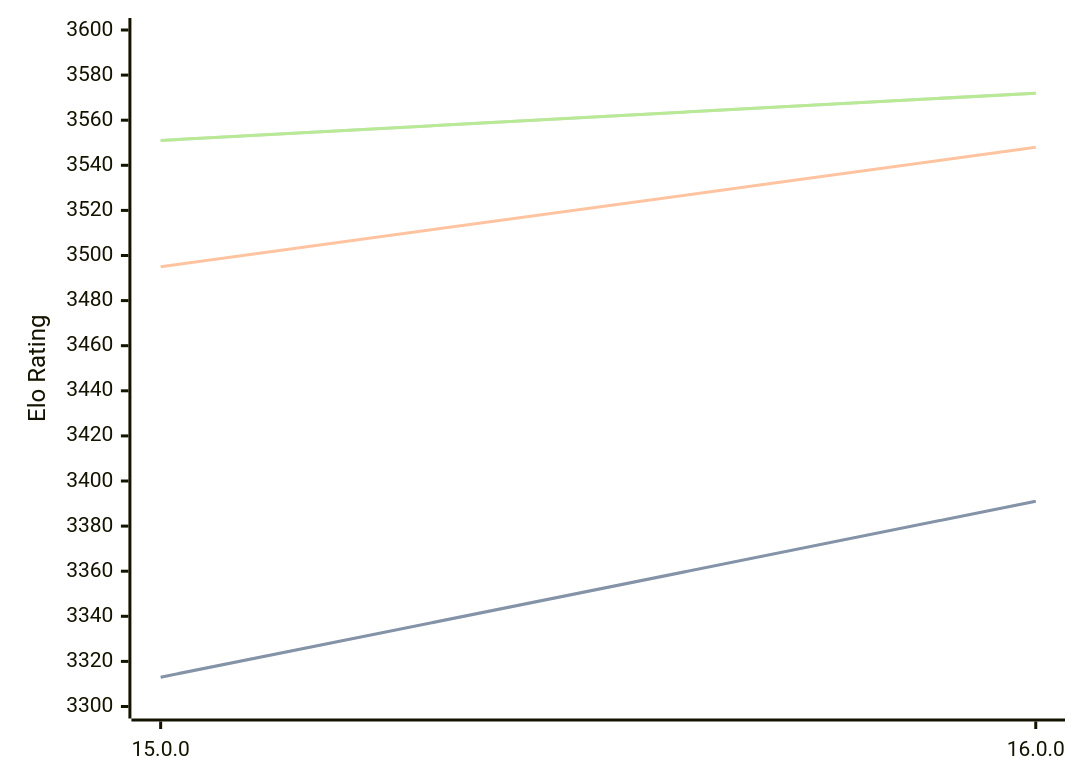
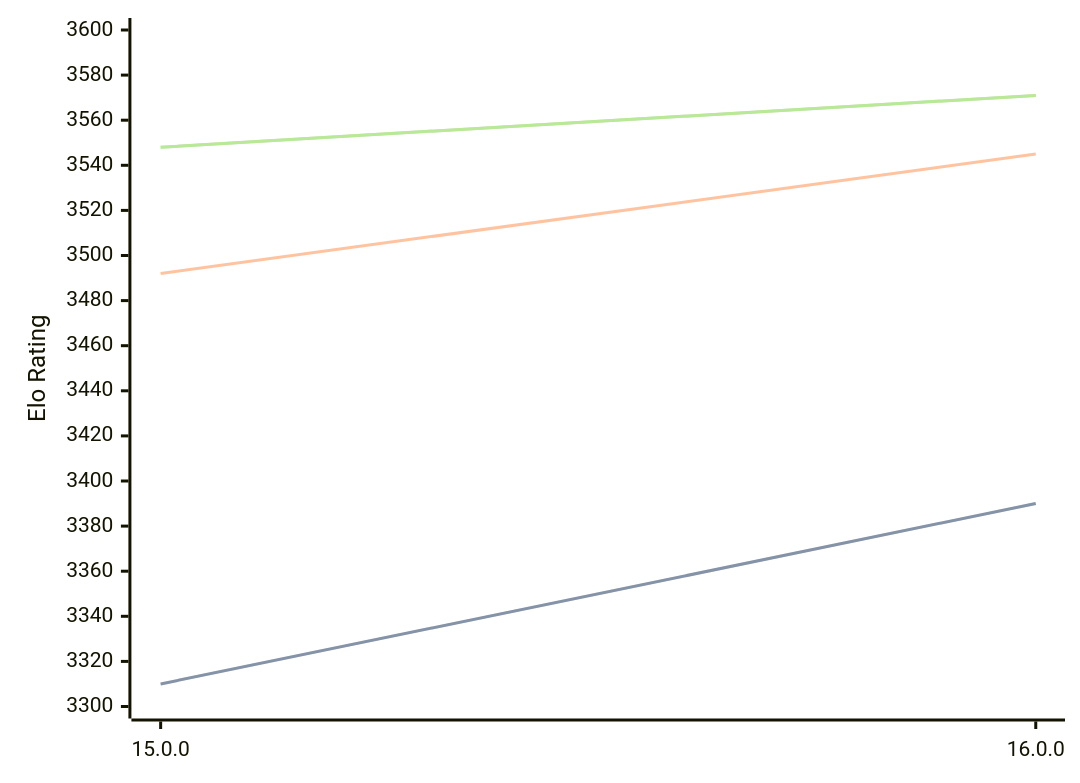
The diagram in engines/Halogen.md (computer-chess-index/cci), drawn with Mermaid before and after one commit. The commit also changed other lines of this file, not shown here.

Commit message:
Update CCI Ratings (ELO VLTC) - 2026-03-31

````diff
--- a/engines/Halogen.md
+++ b/engines/Halogen.md
@@ -50,11 +50,11 @@
 ```mermaid
 %%{init: {"theme":"base","themeVariables":{"seriesColors:['#a3a3a3','#222221','#faa371']}}}%%
 xychart-beta
   x-axis ["15.0.0", "16.0.0"]
   y-axis "Elo Rating" 3300 --> 3600
-  line "STC (8.0+0.08s)" [3313, 3391]
-  line "STC (8.0+0.08s)" [3313, 3391]
-  line "LTC (60.0+0.60s)" [3495, 3548]
-  line "VLTC (2m24s+1.12s)" [3551, 3572]
-  line "VLTC (2m24s+1.12s)" [3551, 3572]
+  line "STC (8.0+0.08s)" [3310, 3390]
+  line "STC (8.0+0.08s)" [3310, 3390]
+  line "LTC (60.0+0.60s)" [3492, 3545]
+  line "VLTC (2m24s+1.12s)" [3548, 3571]
+  line "VLTC (2m24s+1.12s)" [3548, 3571]
 ```
````
